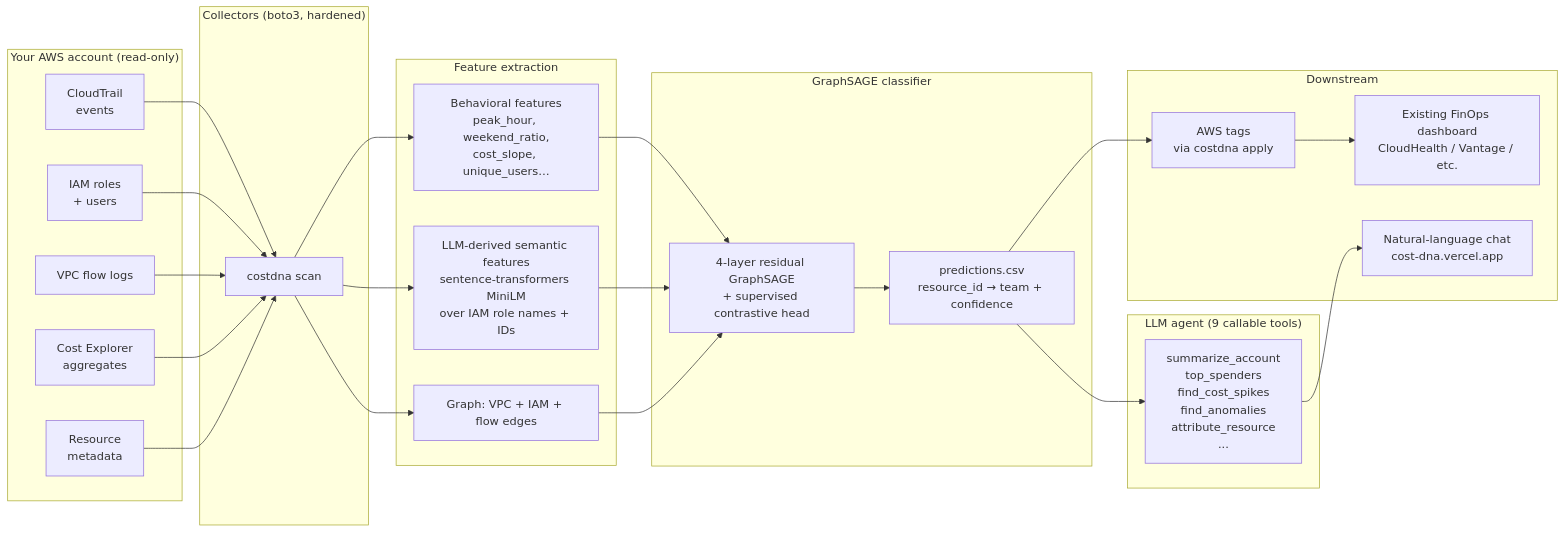
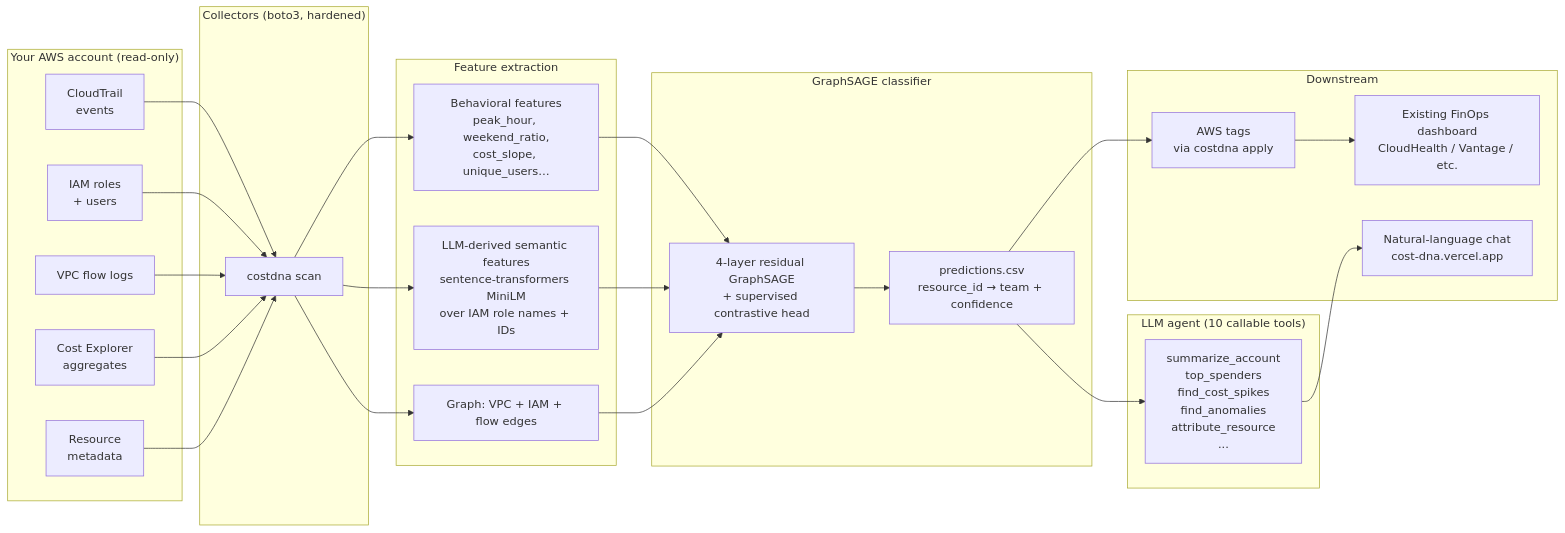
The diagram in README.md (pauti04/CostDNA), drawn with Mermaid before and after one commit. The commit also changed other lines of this file and 5 other files, not shown here.

````diff
--- a/README.md
+++ b/README.md
@@ -137,55 +138,55 @@
 ```mermaid
 flowchart LR
   subgraph AWS["Your AWS account (read-only)"]
     CT[CloudTrail<br/>events]
     IAM[IAM roles<br/>+ users]
     VPC[VPC flow logs]
     CE[Cost Explorer<br/>aggregates]
     META[Resource<br/>metadata]
   end
 
   subgraph collect["Collectors (boto3, hardened)"]
     SCAN[costdna scan]
   end
 
   subgraph features["Feature extraction"]
     BEHAV[Behavioral features<br/>peak_hour, weekend_ratio,<br/>cost_slope, unique_users…]
     SEMANTIC[LLM-derived semantic features<br/>sentence-transformers MiniLM<br/>over IAM role names + IDs]
     GRAPH[Graph: VPC + IAM + flow edges]
   end
 
   subgraph model["GraphSAGE classifier"]
     GNN[4-layer residual GraphSAGE<br/>+ supervised contrastive head]
     PRED[predictions.csv<br/>resource_id → team + confidence]
   end
 
-  subgraph agent["LLM agent (9 callable tools)"]
+  subgraph agent["LLM agent (10 callable tools)"]
     A[summarize_account<br/>top_spenders<br/>find_cost_spikes<br/>find_anomalies<br/>attribute_resource<br/>...]
   end
 
   subgraph downstream["Downstream"]
     TAGS[AWS tags<br/>via costdna apply]
     DASH[Existing FinOps dashboard<br/>CloudHealth / Vantage / etc.]
     CHAT[Natural-language chat<br/>cost-dna.vercel.app]
   end
 
   CT --> SCAN
   IAM --> SCAN
   VPC --> SCAN
   CE --> SCAN
   META --> SCAN
 
   SCAN --> BEHAV
   SCAN --> SEMANTIC
   SCAN --> GRAPH
 
   BEHAV --> GNN
   SEMANTIC --> GNN
   GRAPH --> GNN
   GNN --> PRED
 
   PRED --> A
   PRED --> TAGS
   TAGS --> DASH
   A --> CHAT
 ```
````
